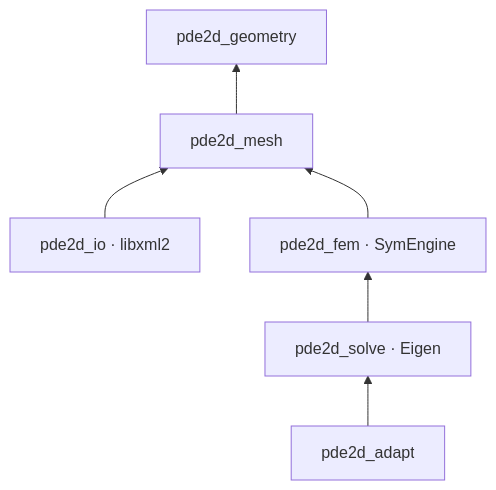
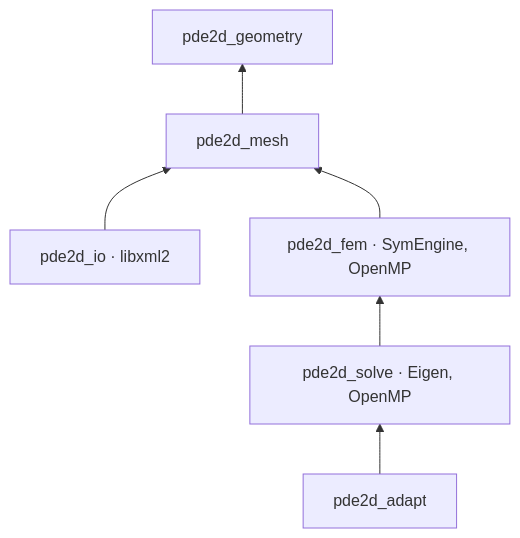
One commit to dmglushko/2d-pde changed the second of 12 diagrams in docs/architecture.md. Above: the diagram before and after it, drawn with Mermaid. The commit also changed other lines of this file and 9 other files, not shown here.

````diff
--- a/docs/architecture.md
+++ b/docs/architecture.md
@@ -124,15 +124,15 @@
 ```mermaid
 flowchart BT
     GEO[pde2d_geometry]
     MESH[pde2d_mesh]
     IO["pde2d_io · libxml2"]
-    FEM["pde2d_fem · SymEngine"]
-    SOLVE["pde2d_solve · Eigen"]
+    FEM["pde2d_fem · SymEngine, OpenMP"]
+    SOLVE["pde2d_solve · Eigen, OpenMP"]
     ADAPT[pde2d_adapt]
 
     MESH --> GEO
     IO --> MESH
     FEM --> MESH
     SOLVE --> FEM
     ADAPT --> SOLVE
 ```
````
